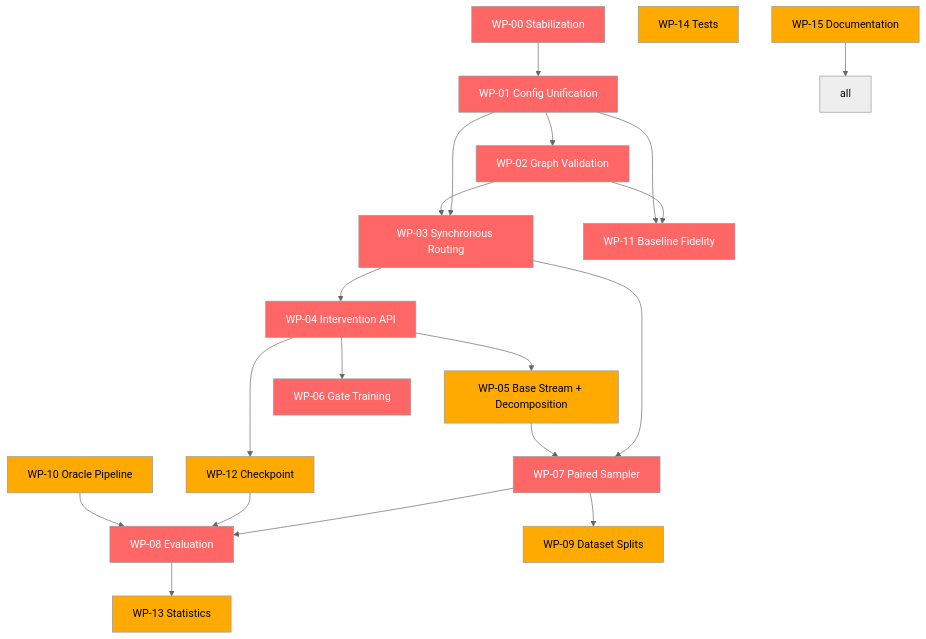
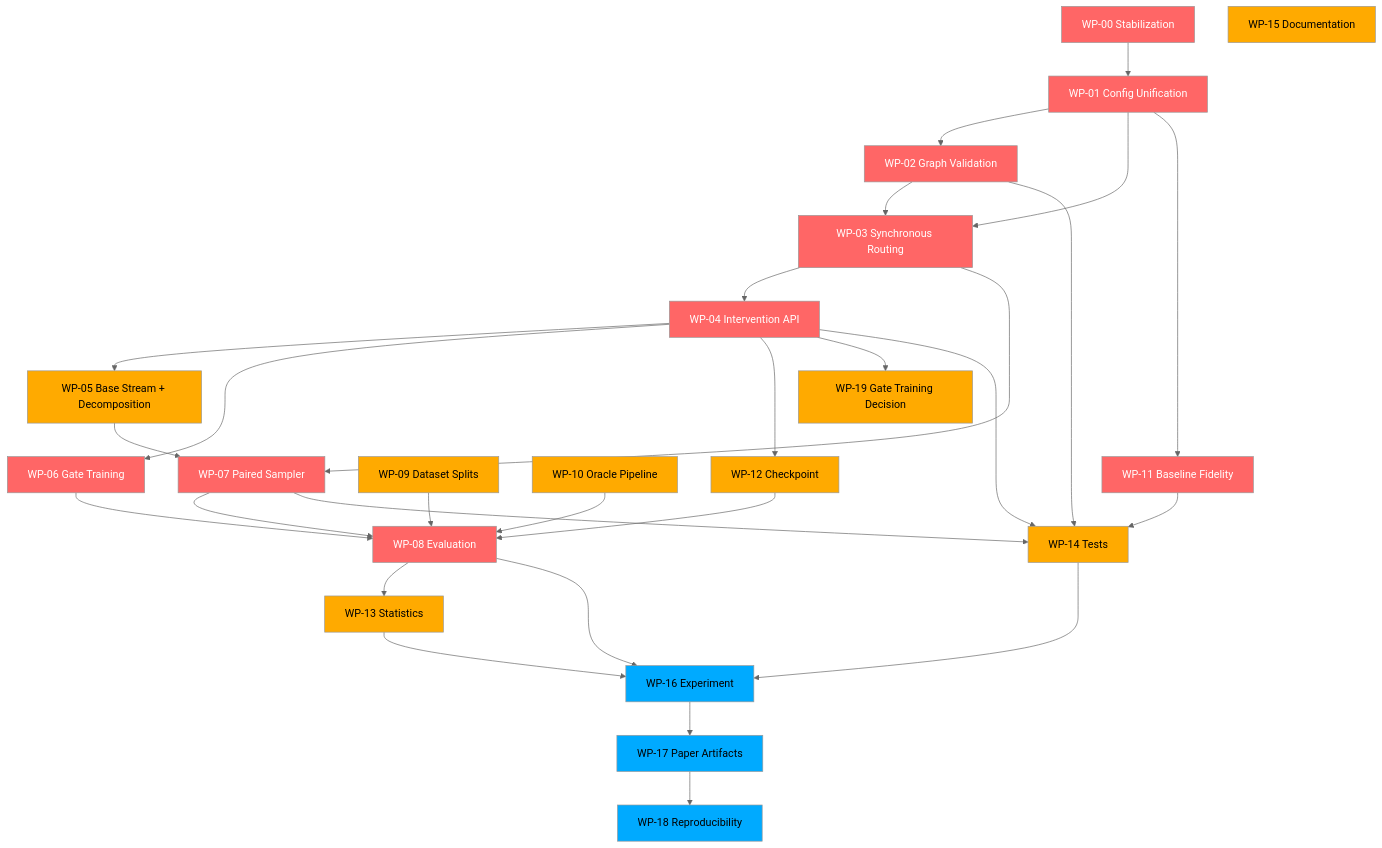
The diagram in docs/research_audit/10_IMPLEMENTATION_BACKLOG.md (GongJae00/factor-gated-routing), drawn with Mermaid (neutral theme) before and after one commit. The commit also changed other lines of this file and 15 other files, not shown here.

````diff
--- a/docs/research_audit/10_IMPLEMENTATION_BACKLOG.md
+++ b/docs/research_audit/10_IMPLEMENTATION_BACKLOG.md
@@ -187,44 +188,58 @@
 ```mermaid
 graph TD
   WP00[WP-00 Stabilization]
   WP01[WP-01 Config Unification]
   WP02[WP-02 Graph Validation]
   WP03[WP-03 Synchronous Routing]
   WP04[WP-04 Intervention API]
   WP05[WP-05 Base Stream + Decomposition]
   WP06[WP-06 Gate Training]
   WP07[WP-07 Paired Sampler]
   WP08[WP-08 Evaluation]
   WP09[WP-09 Dataset Splits]
   WP10[WP-10 Oracle Pipeline]
   WP11[WP-11 Baseline Fidelity]
   WP12[WP-12 Checkpoint]
   WP13[WP-13 Statistics]
   WP14[WP-14 Tests]
   WP15[WP-15 Documentation]
+  WP16[WP-16 Experiment]
+  WP17[WP-17 Paper Artifacts]
+  WP18[WP-18 Reproducibility]
+  WP19[WP-19 Gate Training Decision]
 
   WP00 --> WP01
   WP01 --> WP02
   WP01 --> WP03
+  WP01 --> WP11
   WP02 --> WP03
   WP03 --> WP04
+  WP04 --> WP05
   WP04 --> WP06
+  WP04 --> WP12
+  WP04 --> WP19
+  WP03 --> WP07
+  WP05 --> WP07
   WP07 --> WP08
-  WP03 --> WP07
-  WP04 --> WP05
-  WP05 --> WP07
-  WP02 --> WP11
-  WP01 --> WP11
-  WP04 --> WP12
+  WP06 --> WP08
+  WP09 --> WP08
+  WP10 --> WP08
   WP12 --> WP08
-  WP07 --> WP09
-  WP10 --> WP08
   WP08 --> WP13
-  WP15 --> all
+  WP11 --> WP14
+  WP02 --> WP14
+  WP04 --> WP14
+  WP07 --> WP14
+  WP13 --> WP16
+  WP08 --> WP16
+  WP14 --> WP16
+  WP16 --> WP17
+  WP17 --> WP18
 
   classDef p0 fill:#f66,color:#fff
   classDef p1 fill:#fa0
   classDef p2 fill:#0af
   class WP00,WP01,WP02,WP03,WP04,WP06,WP07,WP08,WP11 p0
-  class WP05,WP09,WP10,WP12,WP13,WP14,WP15 p1
+  class WP05,WP09,WP10,WP12,WP13,WP14,WP15,WP19 p1
+  class WP16,WP17,WP18 p2
 ```
````
